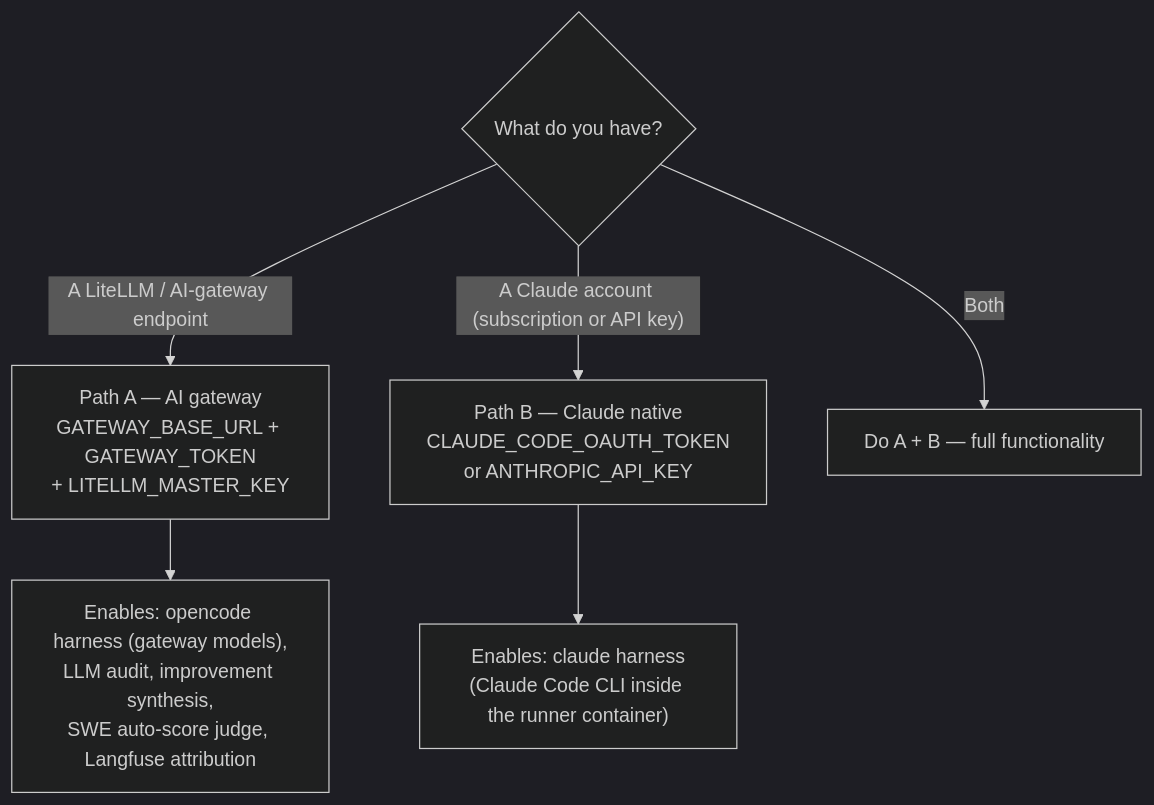
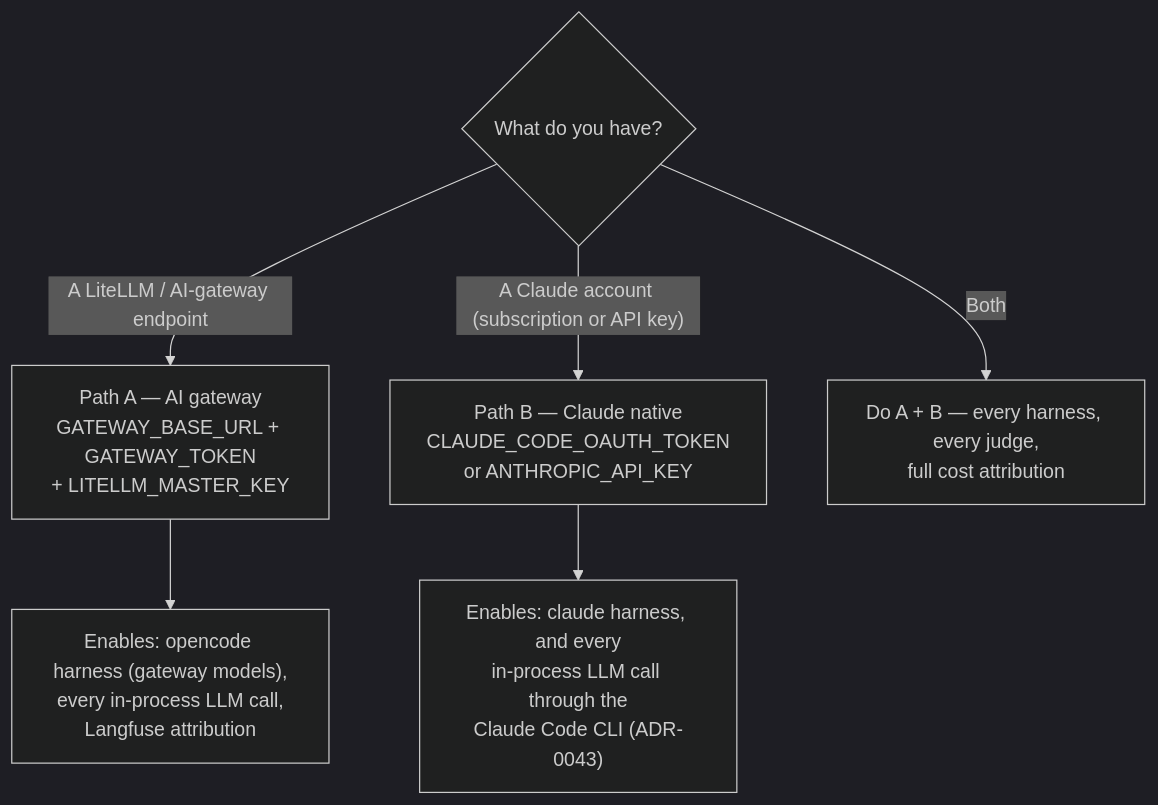
Before and after one commit to xmartlabs/sdlc-ml-python-harness-lab: the diagram in docs/onboarding.md, drawn with Mermaid (dark theme). The commit also changed other lines of this file and 129 other files, not shown here.

````diff
--- a/docs/onboarding.md
+++ b/docs/onboarding.md
@@ -34,8 +35,8 @@
 ```mermaid
 flowchart TD
     Q{"What do you have?"} -->|"A LiteLLM / AI-gateway endpoint"| A["Path A — AI gateway<br/>GATEWAY_BASE_URL + GATEWAY_TOKEN<br/>+ LITELLM_MASTER_KEY"]
     Q -->|"A Claude account (subscription or API key)"| B["Path B — Claude native<br/>CLAUDE_CODE_OAUTH_TOKEN<br/>or ANTHROPIC_API_KEY"]
-    Q -->|"Both"| AB["Do A + B — full functionality"]
-    A --> FA["Enables: opencode harness (gateway models),<br/>LLM audit, improvement synthesis,<br/>SWE auto-score judge, Langfuse attribution"]
-    B --> FB["Enables: claude harness<br/>(Claude Code CLI inside the runner container)"]
+    Q -->|"Both"| AB["Do A + B — every harness, every judge,<br/>full cost attribution"]
+    A --> FA["Enables: opencode harness (gateway models),<br/>every in-process LLM call,<br/>Langfuse attribution"]
+    B --> FB["Enables: claude harness, and every<br/>in-process LLM call through the<br/>Claude Code CLI (ADR-0043)"]
 ```
````
